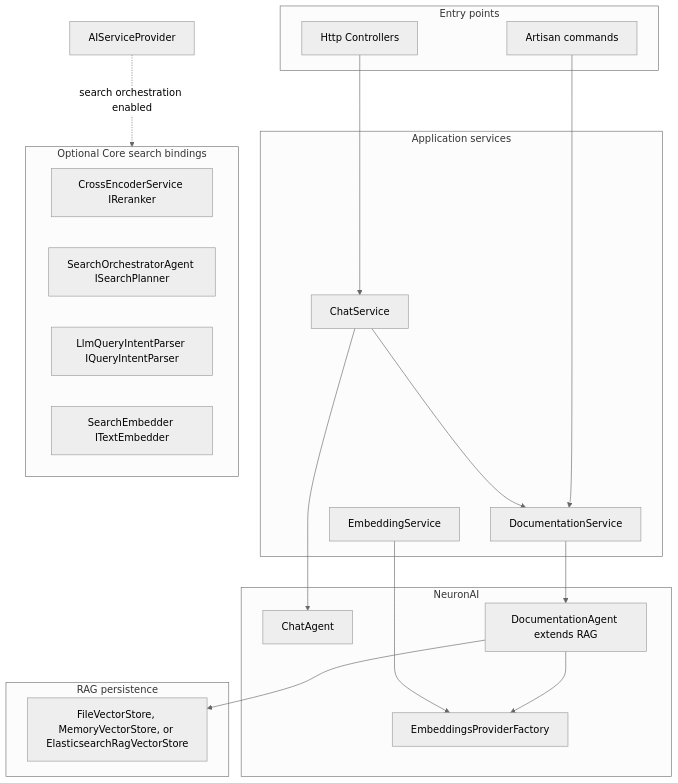
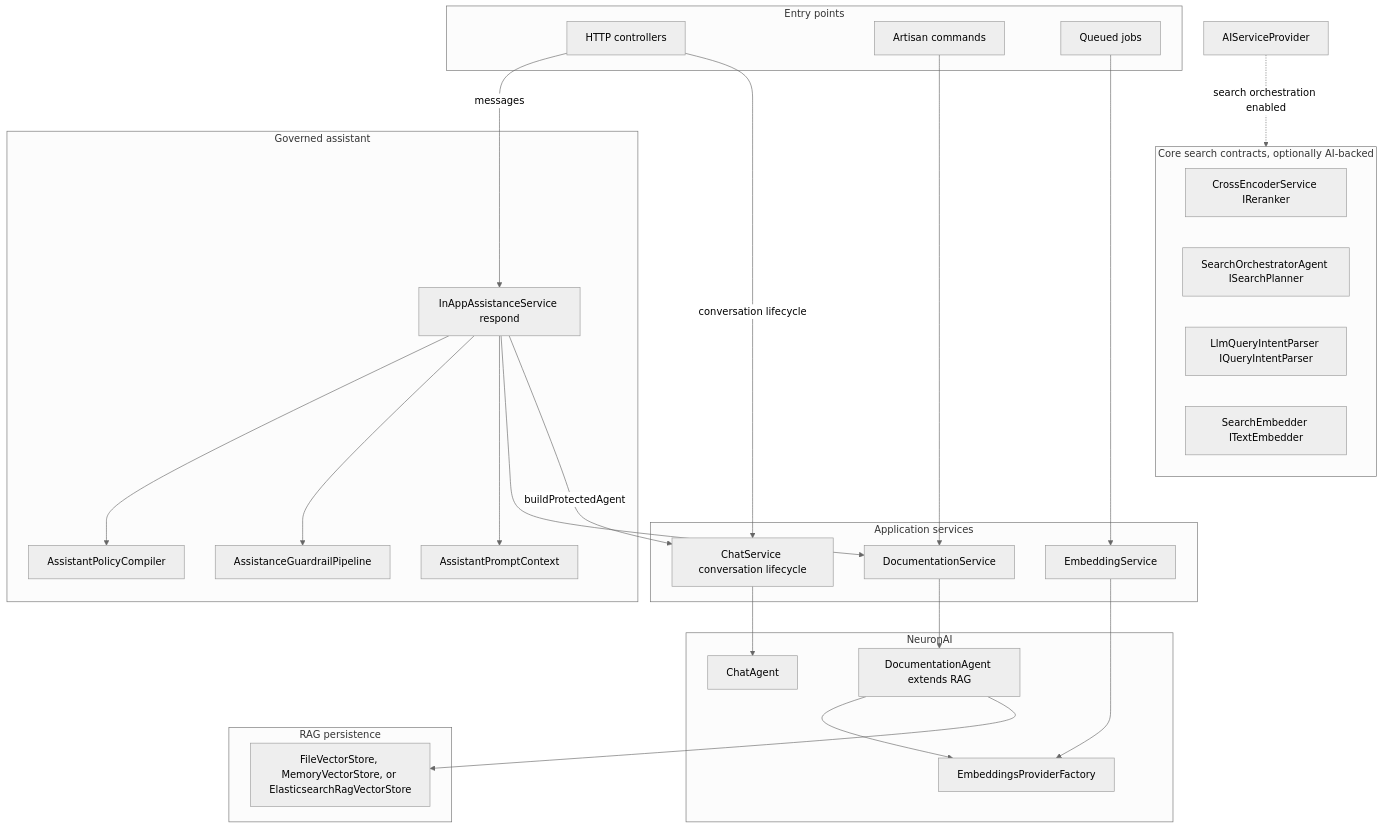
Before and after one commit to swolley/laraplate-ai: the first of 5 diagrams in docs/rag/MODULE.md, drawn with Mermaid (neutral theme). The commit also changed other lines of this file and 4 other files, not shown here.

````diff
--- a/docs/rag/MODULE.md
+++ b/docs/rag/MODULE.md
@@ -11,37 +35,50 @@
 ```mermaid
 flowchart TB
   subgraph entry [Entry points]
-    Http[Http Controllers]
+    Http[HTTP controllers]
     Artisan[Artisan commands]
+    Queue[Queued jobs]
+  end
+  subgraph governed [Governed assistant]
+    Respond[InAppAssistanceService respond]
+    Policy[AssistantPolicyCompiler]
+    Guard[AssistanceGuardrailPipeline]
+    Ctx[AssistantPromptContext]
   end
   subgraph services [Application services]
-    ChatSvc[ChatService]
+    ChatSvc[ChatService conversation lifecycle]
     DocSvc[DocumentationService]
     EmbSvc[EmbeddingService]
   end
   subgraph neuron [NeuronAI]
     ChatAgent[ChatAgent]
     DocAgent[DocumentationAgent extends RAG]
     EmbProv[EmbeddingsProviderFactory]
   end
   subgraph ragPersist [RAG persistence]
     VecStore[FileVectorStore, MemoryVectorStore, or ElasticsearchRagVectorStore]
   end
-  subgraph coreSearch [Optional Core search bindings]
+  subgraph coreSearch [Core search contracts, optionally AI-backed]
     Rerank[CrossEncoderService IReranker]
     Planner[SearchOrchestratorAgent ISearchPlanner]
     Intent[LlmQueryIntentParser IQueryIntentParser]
     Embedder[SearchEmbedder ITextEmbedder]
   end
   Prov[AIServiceProvider]
 
-  Http --> ChatSvc
+  Http -->|messages| Respond
+  Http -->|conversation lifecycle| ChatSvc
   Artisan --> DocSvc
+  Queue --> EmbSvc
+  Respond --> Policy
+  Respond --> Guard
+  Respond --> Ctx
+  Respond --> DocSvc
+  Respond -->|buildProtectedAgent| ChatSvc
+  ChatSvc --> ChatAgent
   DocSvc --> DocAgent
   DocAgent --> EmbProv
   DocAgent --> VecStore
   EmbSvc --> EmbProv
-  ChatSvc --> ChatAgent
-  ChatSvc --> DocSvc
   Prov -.->|search orchestration enabled| coreSearch
 ```
````
